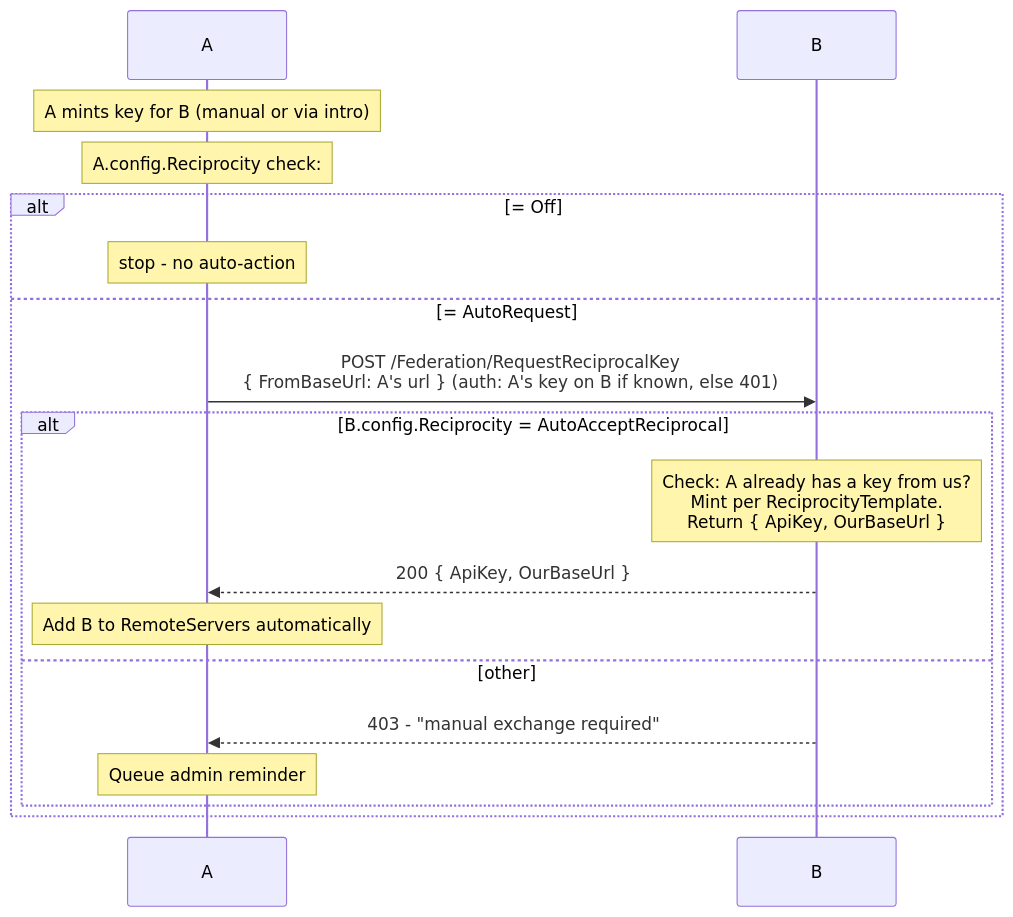
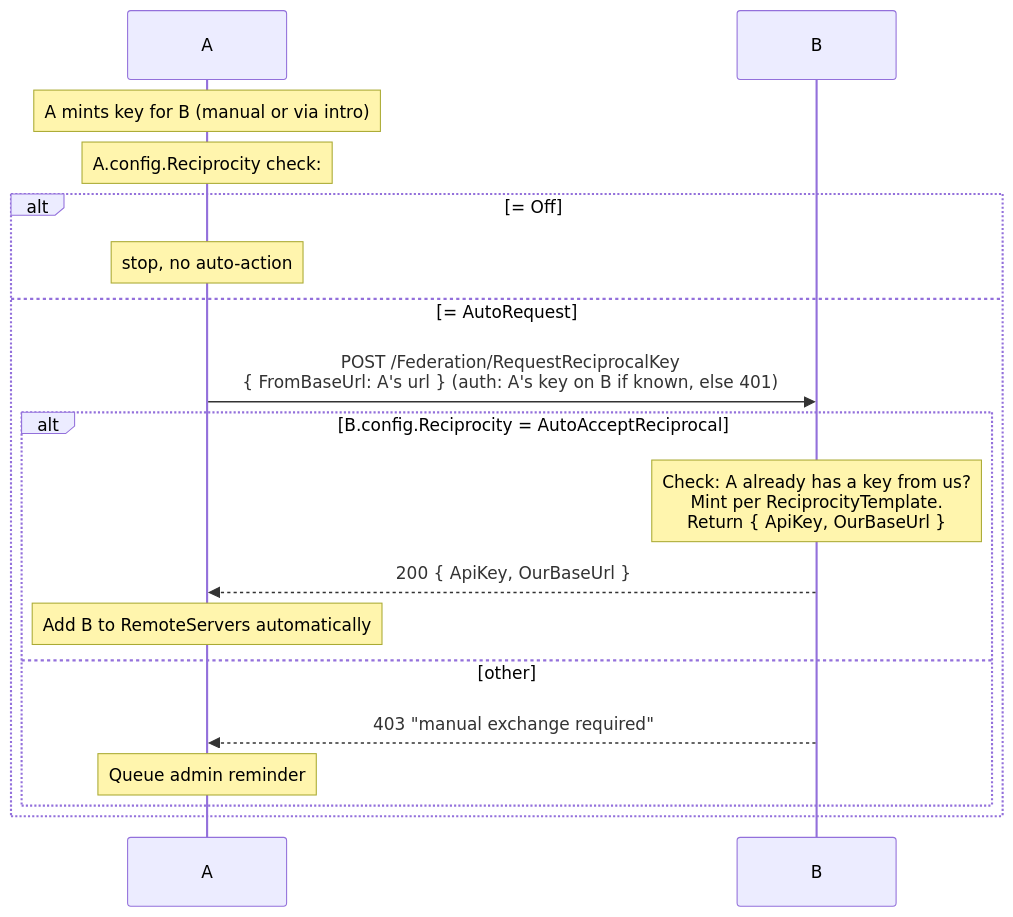
One commit to Vozec/Jellymesh changed the second of 2 diagrams in docs/introductions.md. Above: the diagram before and after it, drawn with Mermaid. The commit also changed other lines of this file and 4 other files, not shown here.

````diff
--- a/docs/introductions.md
+++ b/docs/introductions.md
@@ -91,22 +91,22 @@
 ```mermaid
 sequenceDiagram
     participant A
     participant B
 
     Note over A: A mints key for B (manual or via intro)
     Note over A: A.config.Reciprocity check:
 
     alt = Off
-        Note over A: stop - no auto-action
+        Note over A: stop, no auto-action
     else = AutoRequest
         A->>B: POST /Federation/RequestReciprocalKey<br/>{ FromBaseUrl: A's url } (auth: A's key on B if known, else 401)
         alt B.config.Reciprocity = AutoAcceptReciprocal
             Note over B: Check: A already has a key from us?<br/>Mint per ReciprocityTemplate.<br/>Return { ApiKey, OurBaseUrl }
             B-->>A: 200 { ApiKey, OurBaseUrl }
             Note over A: Add B to RemoteServers automatically
         else other
-            B-->>A: 403 - "manual exchange required"
+            B-->>A: 403 "manual exchange required"
             Note over A: Queue admin reminder
         end
     end
 ```
````
